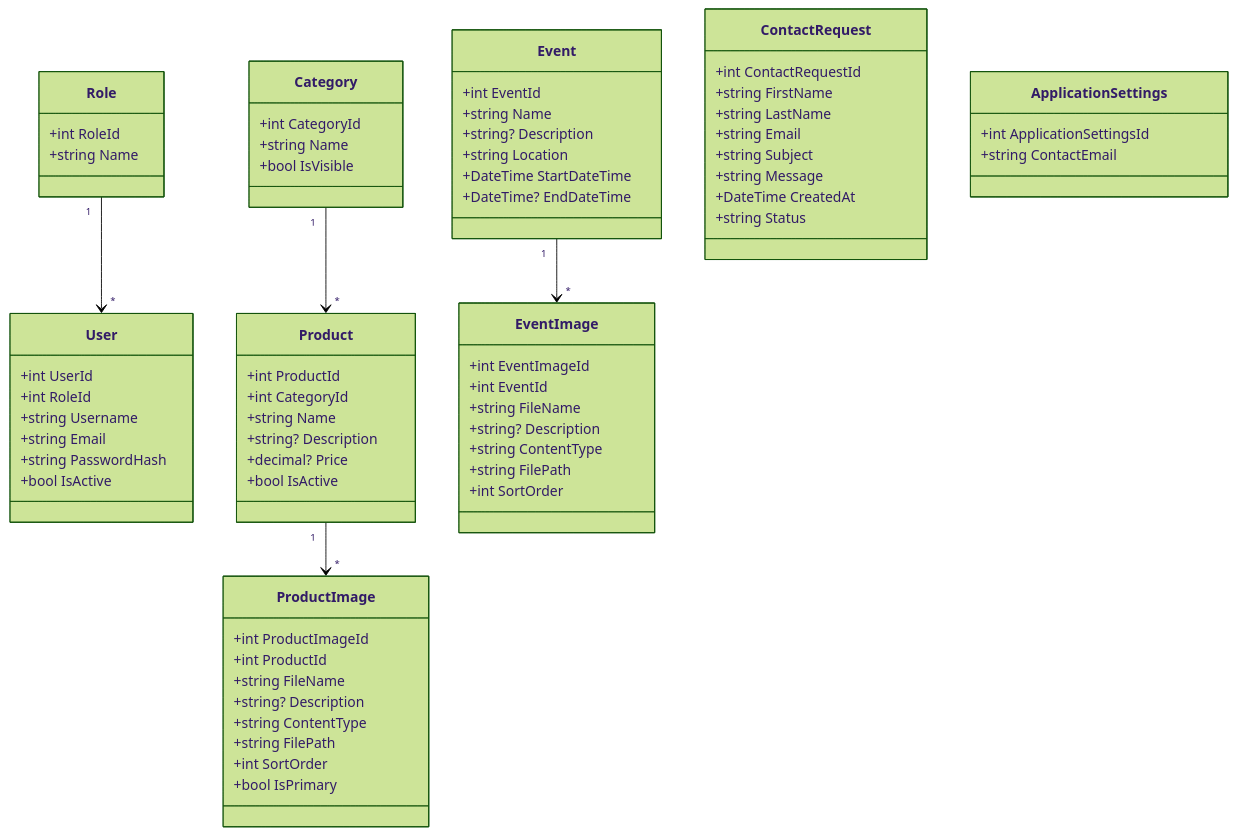
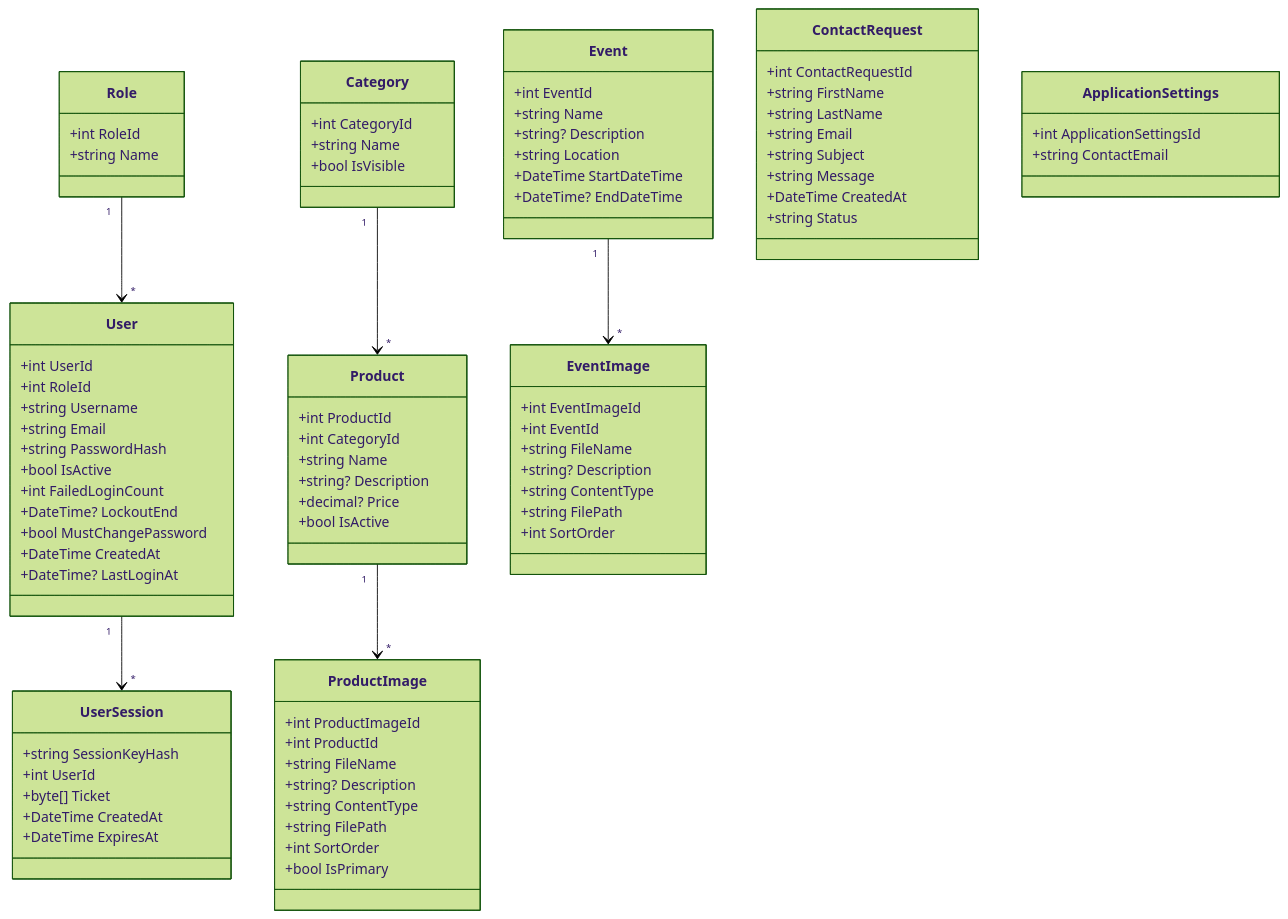
Before and after one commit to SchuelerfirmaBBS1/Webseite_Schuelerfirma_04: the diagram in documentation/UMLClassDiagram.mmd, drawn with Mermaid (forest theme). The commit also changed 2 other files, not shown here.

Commit message:
docs: add login fields and user sessions to the model diagrams

```diff
--- a/documentation/UMLClassDiagram.mmd
+++ b/documentation/UMLClassDiagram.mmd
@@ -1,83 +1,97 @@
 classDiagram
 
 class User {
     +int UserId
     +int RoleId
     +string Username
     +string Email
     +string PasswordHash
     +bool IsActive
+    +int FailedLoginCount
+    +DateTime? LockoutEnd
+    +bool MustChangePassword
+    +DateTime CreatedAt
+    +DateTime? LastLoginAt
 }
 
 class Role {
     +int RoleId
     +string Name
 }
 
+class UserSession {
+    +string SessionKeyHash
+    +int UserId
+    +byte[] Ticket
+    +DateTime CreatedAt
+    +DateTime ExpiresAt
+}
+
 Role "1" --> "*" User
+User "1" --> "*" UserSession
 
 class Category {
     +int CategoryId
     +string Name
     +bool IsVisible
 }
 
 class Product {
     +int ProductId
     +int CategoryId
     +string Name
     +string? Description
     +decimal? Price
     +bool IsActive
 }
 
 class ProductImage {
     +int ProductImageId
     +int ProductId
     +string FileName
     +string? Description
     +string ContentType
     +string FilePath
     +int SortOrder
     +bool IsPrimary
 }
 
 Category "1" --> "*" Product
 Product "1" --> "*" ProductImage
 
 class Event {
     +int EventId
     +string Name
     +string? Description
     +string Location
     +DateTime StartDateTime
     +DateTime? EndDateTime
 }
 
 class EventImage {
     +int EventImageId
     +int EventId
     +string FileName
     +string? Description
     +string ContentType
     +string FilePath
     +int SortOrder
 }
 
 Event "1" --> "*" EventImage
 
 class ContactRequest {
     +int ContactRequestId
     +string FirstName
     +string LastName
     +string Email
     +string Subject
     +string Message
     +DateTime CreatedAt
     +string Status
 }
 
 class ApplicationSettings {
     +int ApplicationSettingsId
     +string ContactEmail
 }
```
